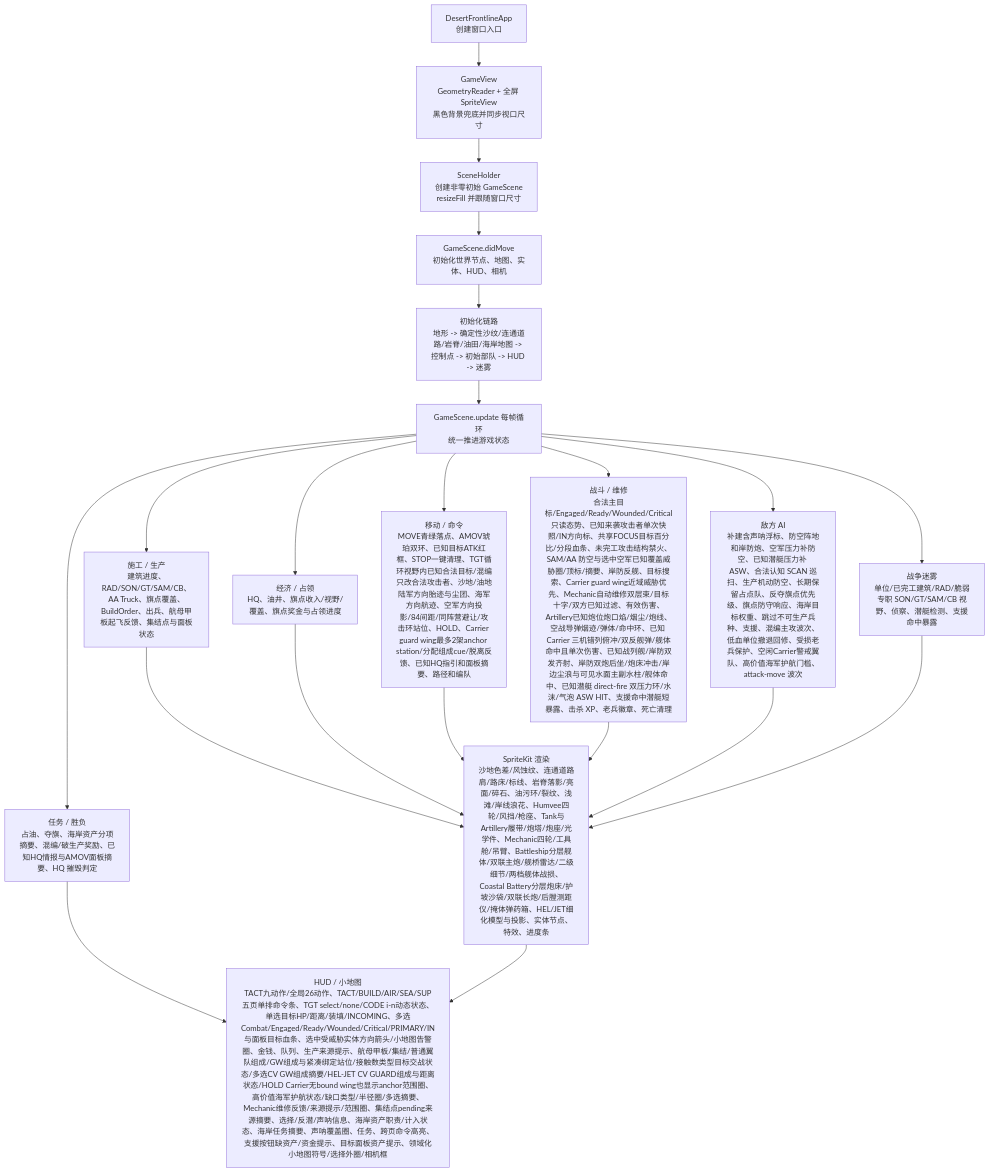
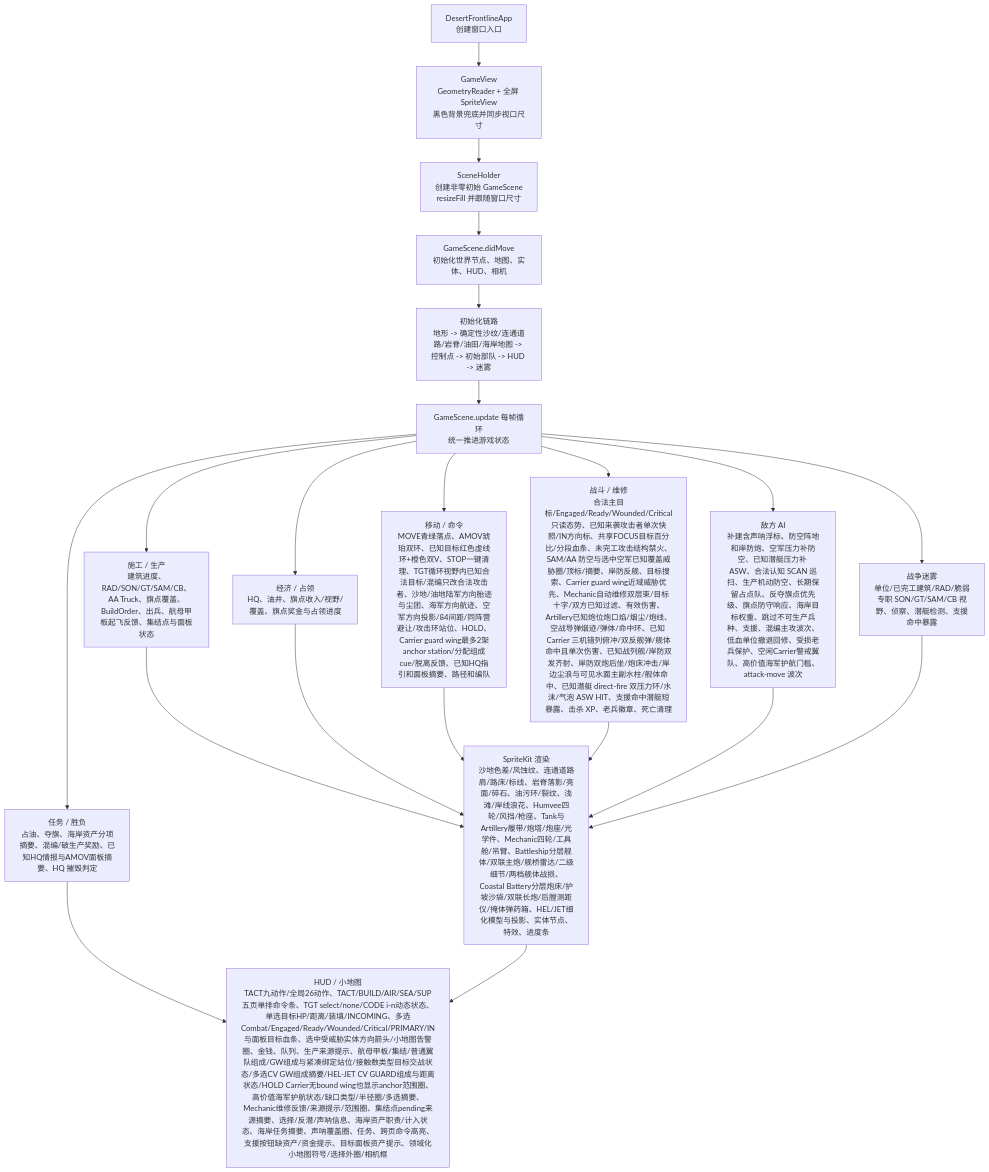
One commit to Altman-sam114/1145 changed the first of 3 diagrams in md/flow/flowchart.md. Above: the diagram before and after it, drawn with Mermaid. The commit also changed other lines of this file and 5 other files, not shown here.

````diff
--- a/md/flow/flowchart.md
+++ b/md/flow/flowchart.md
@@ -9,23 +9,23 @@
 ```mermaid
 flowchart TD
   App["DesertFrontlineApp\n创建窗口入口"] --> View["GameView\nGeometryReader + 全屏 SpriteView\n黑色背景兜底并同步视口尺寸"]
   View --> Holder["SceneHolder\n创建非零初始 GameScene\nresizeFill 并跟随窗口尺寸"]
   Holder --> Scene["GameScene.didMove\n初始化世界节点、地图、实体、HUD、相机"]
   Scene --> Init["初始化链路\n地形 -> 确定性沙纹/连通道路/岩脊/油田/海岸地图 -> 控制点 -> 初始部队 -> HUD -> 迷雾"]
   Init --> Loop["GameScene.update 每帧循环\n统一推进游戏状态"]
   Loop --> Build["施工 / 生产\n建筑进度、RAD/SON/GT/SAM/CB、AA Truck、旗点覆盖、BuildOrder、出兵、航母甲板起飞反馈、集结点与面板状态"]
   Loop --> Economy["经济 / 占领\nHQ、油井、旗点收入/视野/覆盖、旗点奖金与占领进度"]
-  Loop --> Commands["移动 / 命令\nMOVE青绿落点、AMOV琥珀双环、已知目标ATK红框、STOP一键清理、TGT循环视野内已知合法目标/混编只改合法攻击者、沙地/油地陆军方向胎迹与尘团、海军方向航迹、空军方向投影/84间距/同阵营避让/攻击环站位、HOLD、Carrier guard wing最多2架anchor station/分配组成cue/脱离反馈、已知HQ指引和面板摘要、路径和编队"]
+  Loop --> Commands["移动 / 命令\nMOVE青绿落点、AMOV琥珀双环、已知目标红色虚线环+橙色双V、STOP一键清理、TGT循环视野内已知合法目标/混编只改合法攻击者、沙地/油地陆军方向胎迹与尘团、海军方向航迹、空军方向投影/84间距/同阵营避让/攻击环站位、HOLD、Carrier guard wing最多2架anchor station/分配组成cue/脱离反馈、已知HQ指引和面板摘要、路径和编队"]
   Loop --> Combat["战斗 / 维修\n合法主目标/Engaged/Ready/Wounded/Critical只读态势、已知来袭攻击者单次快照/IN方向标、共享FOCUS目标百分比/分段血条、未完工攻击结构禁火、SAM/AA 防空与选中空军已知覆盖威胁圈/顶标/摘要、岸防反舰、目标搜索、Carrier guard wing近域威胁优先、Mechanic自动维修双层束/目标十字/双方已知过滤、有效伤害、Artillery已知炮位炮口焰/烟尘/炮线、空战导弹烟迹/弹体/命中环、已知 Carrier 三机错列俯冲/双反舰弹/舰体命中且单次伤害、已知战列舰/岸防双发齐射、岸防双炮后坐/炮床冲击/岸边尘浪与可见水面主副水柱/舰体命中、已知潜艇 direct-fire 双压力环/水沫/气泡 ASW HIT、支援命中潜艇短暴露、击杀 XP、老兵徽章、死亡清理"]
   Loop --> AI["敌方 AI\n补建含声呐浮标、防空阵地和岸防炮、空军压力补防空、已知潜艇压力补 ASW、合法认知 SCAN 巡扫、生产机动防空、长期保留占点队、反夺旗点优先级、旗点防守响应、海岸目标权重、跳过不可生产兵种、支援、混编主攻波次、低血单位撤退回修、受损老兵保护、空闲Carrier警戒翼队、高价值海军护航门槛、attack-move 波次"]
   Loop --> Fog["战争迷雾\n单位/已完工建筑/RAD/脆弱专职 SON/GT/SAM/CB 视野、侦察、潜艇检测、支援命中暴露"]
   Loop --> Mission["任务 / 胜负\n占油、夺旗、海岸资产分项摘要、混编/破生产奖励、已知HQ情报与AMOV面板摘要、HQ 摧毁判定"]
   Build --> Render["SpriteKit 渲染\n沙地色差/风蚀纹、连通道路肩/路床/标线、岩脊落影/亮面/碎石、油污环/裂纹、浅滩/岸线浪花、Humvee四轮/风挡/枪座、Tank与Artillery履带/炮塔/炮座/光学件、Mechanic四轮/工具舱/吊臂、Battleship分层舰体/双联主炮/舰桥雷达/二级细节/两档舰体战损、Coastal Battery分层炮床/护坡沙袋/双联长炮/后膛测距仪/掩体弹药箱、HEL/JET细化模型与投影、实体节点、特效、进度条"]
   Economy --> Render
   Commands --> Render
   Combat --> Render
   AI --> Render
   Fog --> Render
   Mission --> HUD["HUD / 小地图\nTACT九动作/全局26动作、TACT/BUILD/AIR/SEA/SUP五页单排命令条、TGT select/none/CODE i-n动态状态、单选目标HP/距离/装填/INCOMING、多选Combat/Engaged/Ready/Wounded/Critical/PRIMARY/IN与面板目标血条、选中受威胁实体方向箭头/小地图告警圈、金钱、队列、生产来源提示、航母甲板/集结/普通翼队组成/GW组成与紧凑绑定站位/接触数类型目标交战状态/多选CV GW组成摘要/HEL-JET CV GUARD组成与距离状态/HOLD Carrier无bound wing也显示anchor范围圈、高价值海军护航状态/缺口类型/半径圈/多选摘要、Mechanic维修反馈/来源提示/范围圈、集结点pending来源摘要、选择/反潜/声呐信息、海岸资产职责/计入状态、海岸任务摘要、声呐覆盖圈、任务、跨页命令高亮、支援按钮缺资产/资金提示、目标面板资产提示、领域化小地图符号/选择外圈/相机框"]
   Render --> HUD
 ```
````
